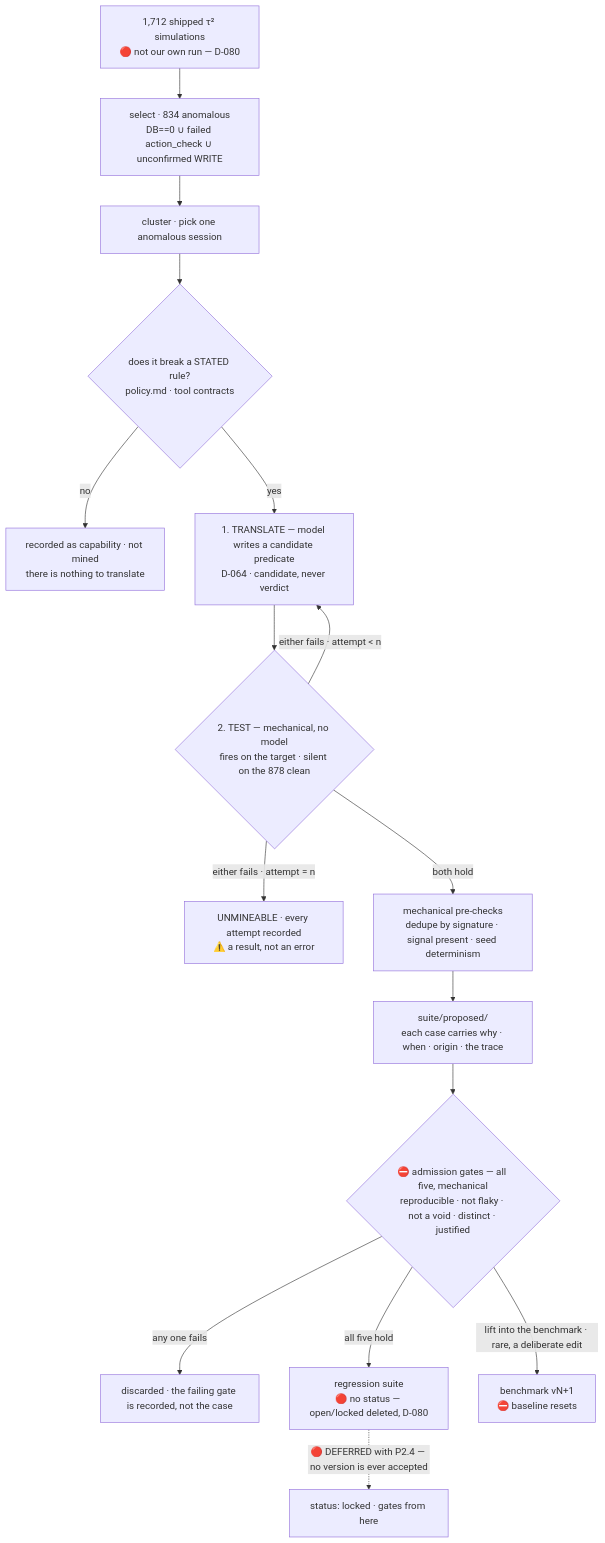
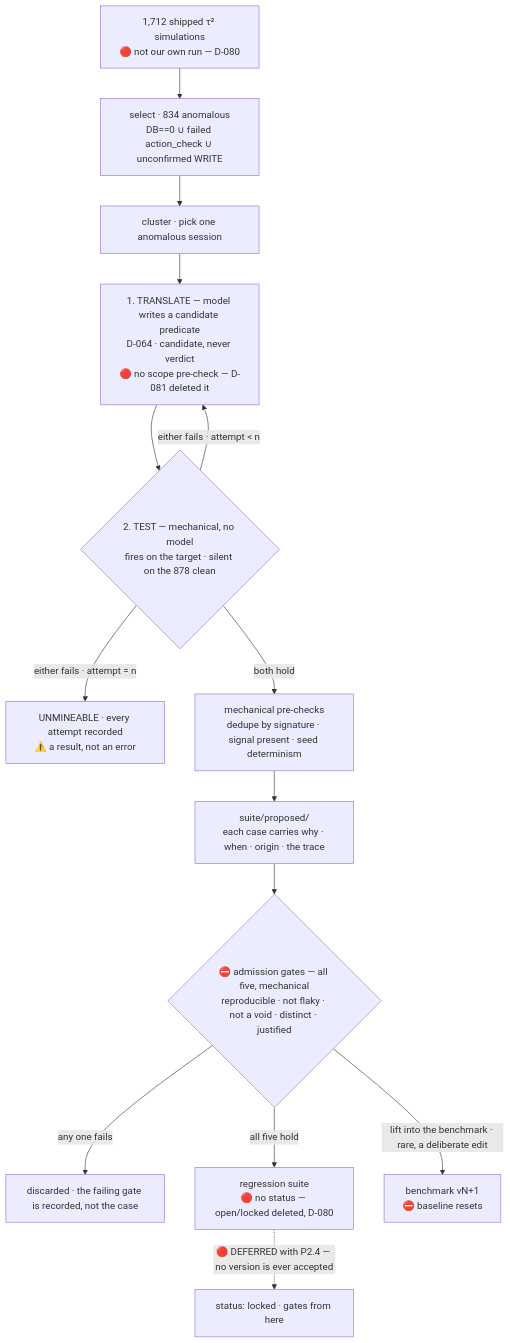
The diagram in docs/02-gates.md (sandeepyadav1478/touchstone), drawn with Mermaid before and after one commit. The commit also changed other lines of this file and 6 other files, not shown here.

````diff
--- a/docs/02-gates.md
+++ b/docs/02-gates.md
@@ -336,18 +349,16 @@
 ```mermaid
 flowchart TB
   SCORE["1,712 shipped τ² simulations<br/>🔴 not our own run — D-080"] --> FAIL["select · 834 anomalous<br/>DB==0 ∪ failed action_check ∪ unconfirmed WRITE"]
   FAIL --> PICK["cluster · pick one anomalous session"]
-  PICK --> RULE{"does it break a STATED rule?<br/>policy.md · tool contracts"}
-  RULE -->|no| SKIP["recorded as capability · not mined<br/>there is nothing to translate"]
-  RULE -->|yes| TRANS["1. TRANSLATE — model writes a candidate predicate<br/>D-064 · candidate, never verdict"]
+  PICK --> TRANS["1. TRANSLATE — model writes a candidate predicate<br/>D-064 · candidate, never verdict<br/>🔴 no scope pre-check — D-081 deleted it"]
   TRANS --> TEST{"2. TEST — mechanical, no model<br/>fires on the target · silent on the 878 clean"}
   TEST -->|"either fails · attempt < n"| TRANS
   TEST -->|"either fails · attempt = n"| UNM["UNMINEABLE · every attempt recorded<br/>⚠️ a result, not an error"]
   TEST -->|both hold| CHECK["mechanical pre-checks<br/>dedupe by signature · signal present · seed determinism"]
   CHECK --> PROP["suite/proposed/<br/>each case carries why · when · origin · the trace"]
   PROP --> ADMIT{"⛔ admission gates — all five, mechanical<br/>reproducible · not flaky · not a void · distinct · justified"}
   ADMIT -->|any one fails| DROP["discarded · the failing gate is recorded, not the case"]
   ADMIT -->|all five hold| REG["regression suite<br/>🔴 no status — open/locked deleted, D-080"]
   REG -.->|"🔴 DEFERRED with P2.4 — no version is ever accepted"| LOCK["status: locked · gates from here"]
   ADMIT -->|"lift into the benchmark · rare, a deliberate edit"| BENCH["benchmark vN+1<br/>⛔ baseline resets"]
 ```
````
